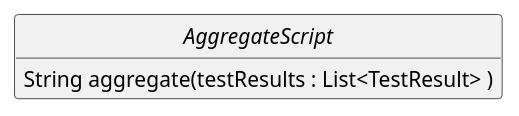
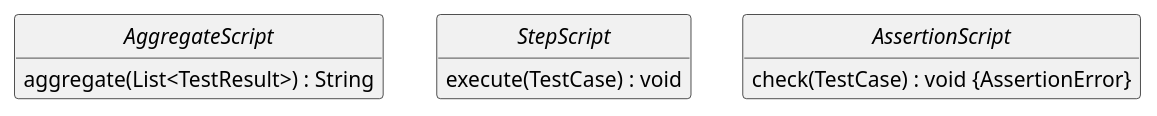
Before and after one commit to uniba-dsg/betsy: the diagram in pebl-aggregator/doc/interface.puml, drawn with PlantUML. The commit also changed 2 other files, not shown here.

```diff
--- a/pebl-aggregator/doc/interface.puml
+++ b/pebl-aggregator/doc/interface.puml
@@ -1,13 +1,25 @@
 @startuml
 interface AggregateScript {
-    String aggregate(testResults : List<TestResult> )
+    aggregate(List<TestResult>) : String
 }
+
+interface StepScript {
+	execute(TestCase) : void
+}
+
+interface AssertionScript {
+	check(TestCase) : void {AssertionError}
+}
+
+AggregateScript -[hidden]right- StepScript
+StepScript -[hidden]right- AssertionScript
+
 
 hide empty members
 hide empty methods
 hide circle
 
 skinparam monochrome true
 skinparam shadowing false
 skinparam packageStyle rect
 @enduml
```
